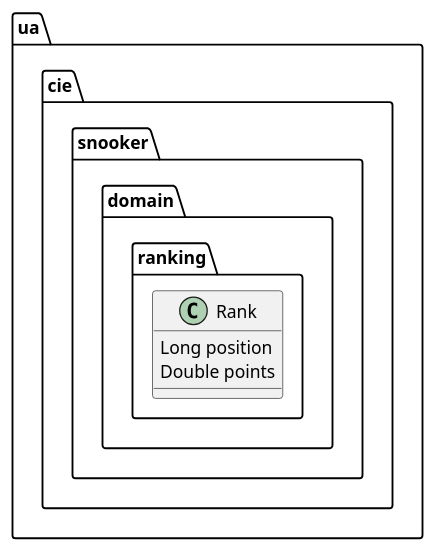
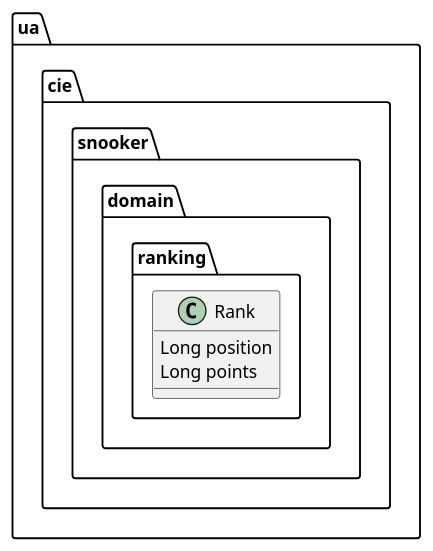
Before and after one commit to CollaborationInEncapsulation/snooker: the diagram in src/docs/domain/ranking/Rank.puml, drawn with PlantUML. The commit also changed 9 other files, not shown here.

```diff
--- a/src/docs/domain/ranking/Rank.puml
+++ b/src/docs/domain/ranking/Rank.puml
@@ -1,10 +1,11 @@
 @startuml
 
 package ua.cie.snooker.domain.ranking {
+
     class Rank {
         Long position
-        Double points
+        Long points
     }
 }
 
 @enduml
```
